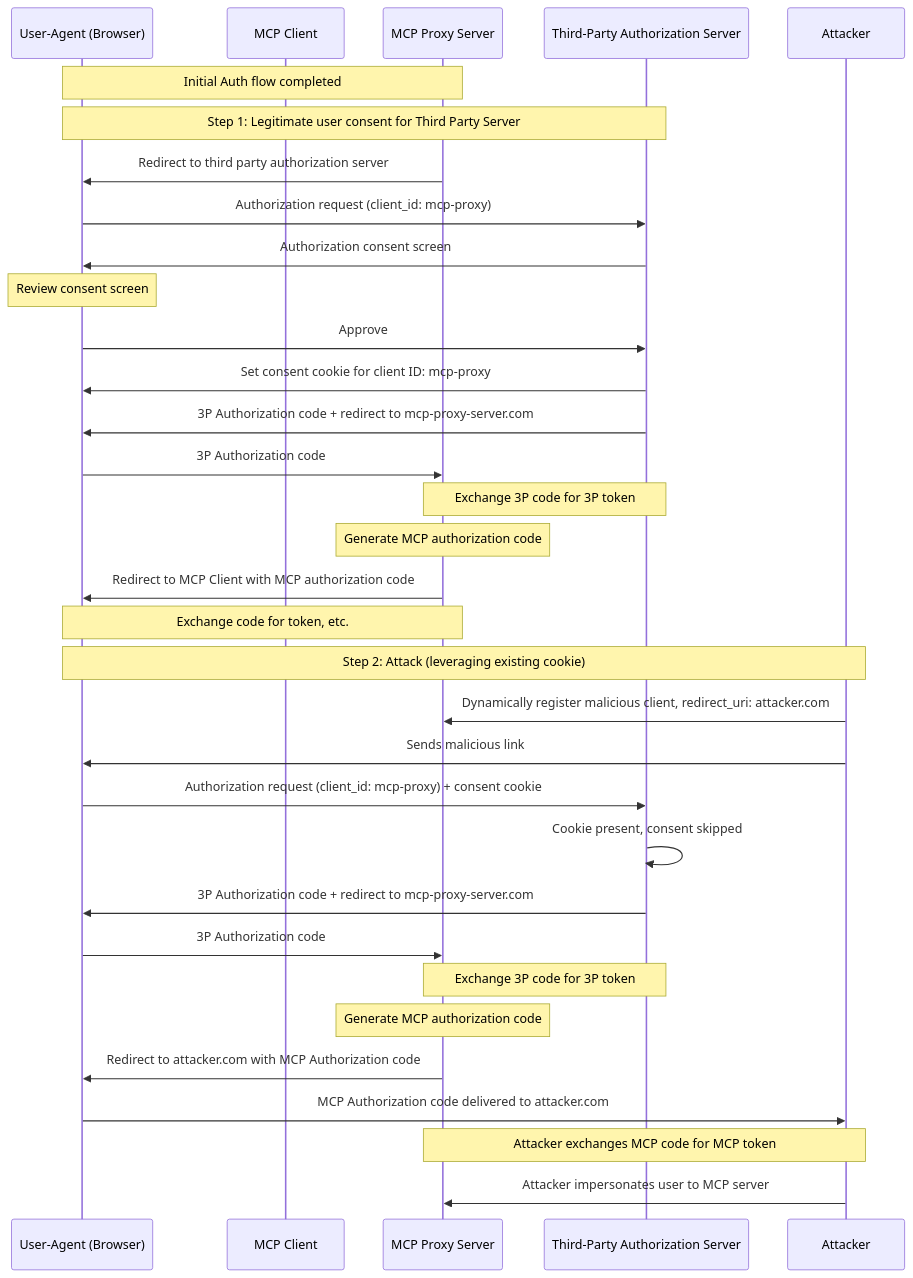
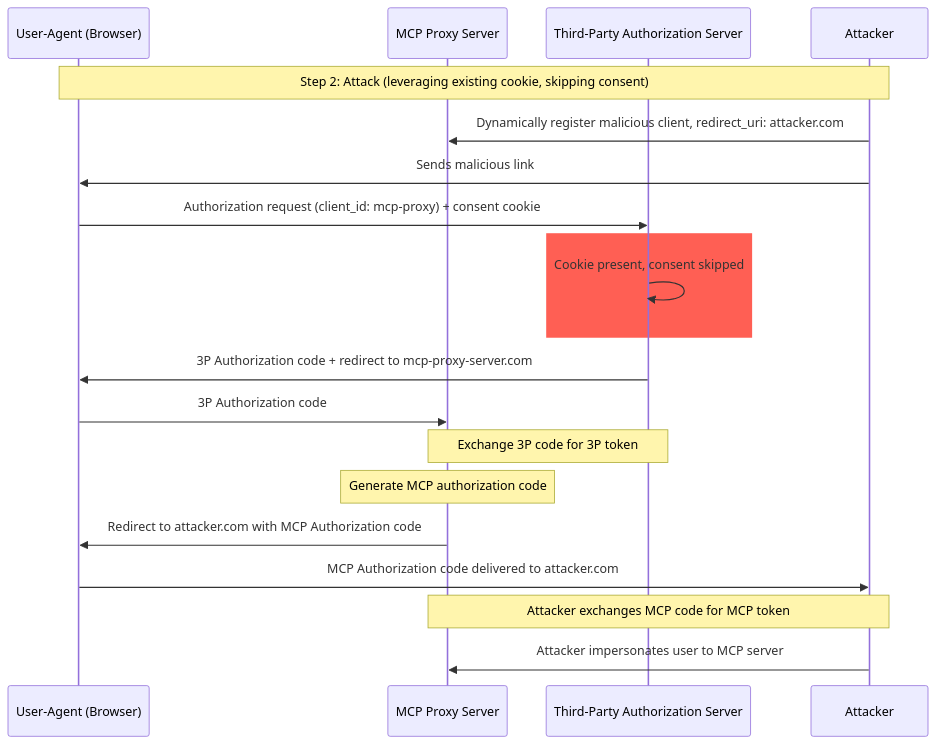
The second of 2 diagrams in docs/specification/draft/basic/security_best_practices.mdx (zcstarr/modelcontextprotocol), drawn with Mermaid before and after one commit.

Commit message:
split to 2 sequence diagrams

````diff
--- a/docs/specification/draft/basic/security_best_practices.mdx
+++ b/docs/specification/draft/basic/security_best_practices.mdx
@@ -41,41 +71,25 @@
 ```mermaid
 sequenceDiagram
-    participant UA as User-Agent (Browser)  
-    participant MC as MCP Client
+    participant UA as User-Agent (Browser)
     participant M as MCP Proxy Server
     participant TAS as Third-Party Authorization Server
     participant A as Attacker
 
-    Note over UA,M: Initial Auth flow completed
 
-    Note over UA,TAS: Step 1: Legitimate user consent for Third Party Server
-
-    M->>UA: Redirect to third party authorization server
-    UA->>TAS: Authorization request (client_id: mcp-proxy)
-    TAS->>UA: Authorization consent screen
-    Note over UA: Review consent screen
-    UA->>TAS: Approve
-    TAS->>UA: Set consent cookie for client ID: mcp-proxy
-    TAS->>UA: 3P Authorization code + redirect to mcp-proxy-server.com
-    UA->>M: 3P Authorization code
-    Note over M,TAS: Exchange 3P code for 3P token
-    Note over M: Generate MCP authorization code
-    M->>UA: Redirect to MCP Client with MCP authorization code
-
-    Note over M,UA: Exchange code for token, etc.
-
-    Note over UA,A: Step 2: Attack (leveraging existing cookie)
+    Note over UA,A: Step 2: Attack (leveraging existing cookie, skipping consent)
     A->>M: Dynamically register malicious client, redirect_uri: attacker.com
     A->>UA: Sends malicious link
     UA->>TAS: Authorization request (client_id: mcp-proxy) + consent cookie
+    rect rgba(255, 17, 0, 0.67)
     TAS->>TAS: Cookie present, consent skipped
+    end
 
    TAS->>UA: 3P Authorization code + redirect to mcp-proxy-server.com
    UA->>M: 3P Authorization code
    Note over M,TAS: Exchange 3P code for 3P token
    Note over M: Generate MCP authorization code
    M->>UA: Redirect to attacker.com with MCP Authorization code
    UA->>A: MCP Authorization code delivered to attacker.com
    Note over M,A: Attacker exchanges MCP code for MCP token
    A->>M: Attacker impersonates user to MCP server
 ```
````
